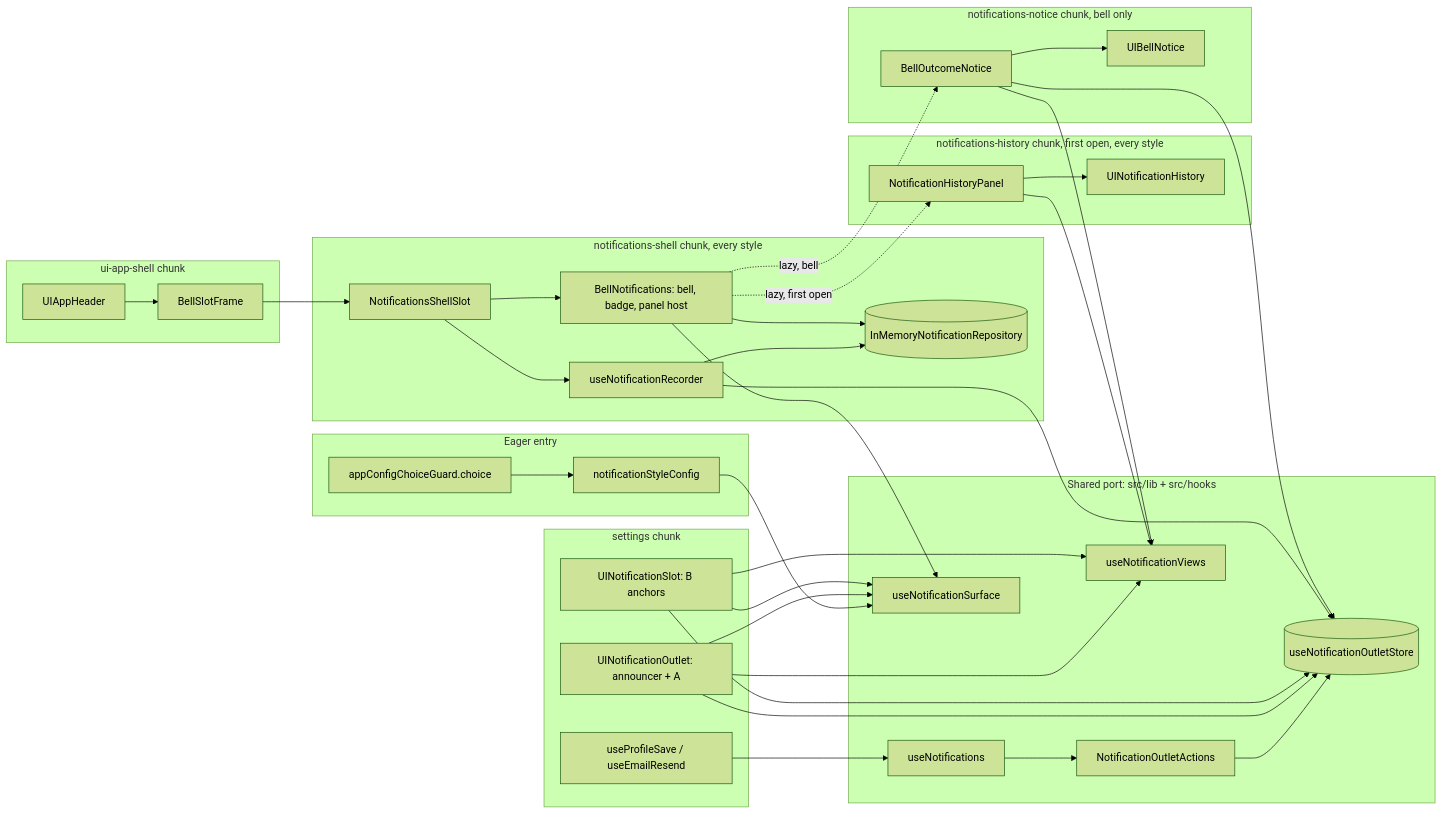
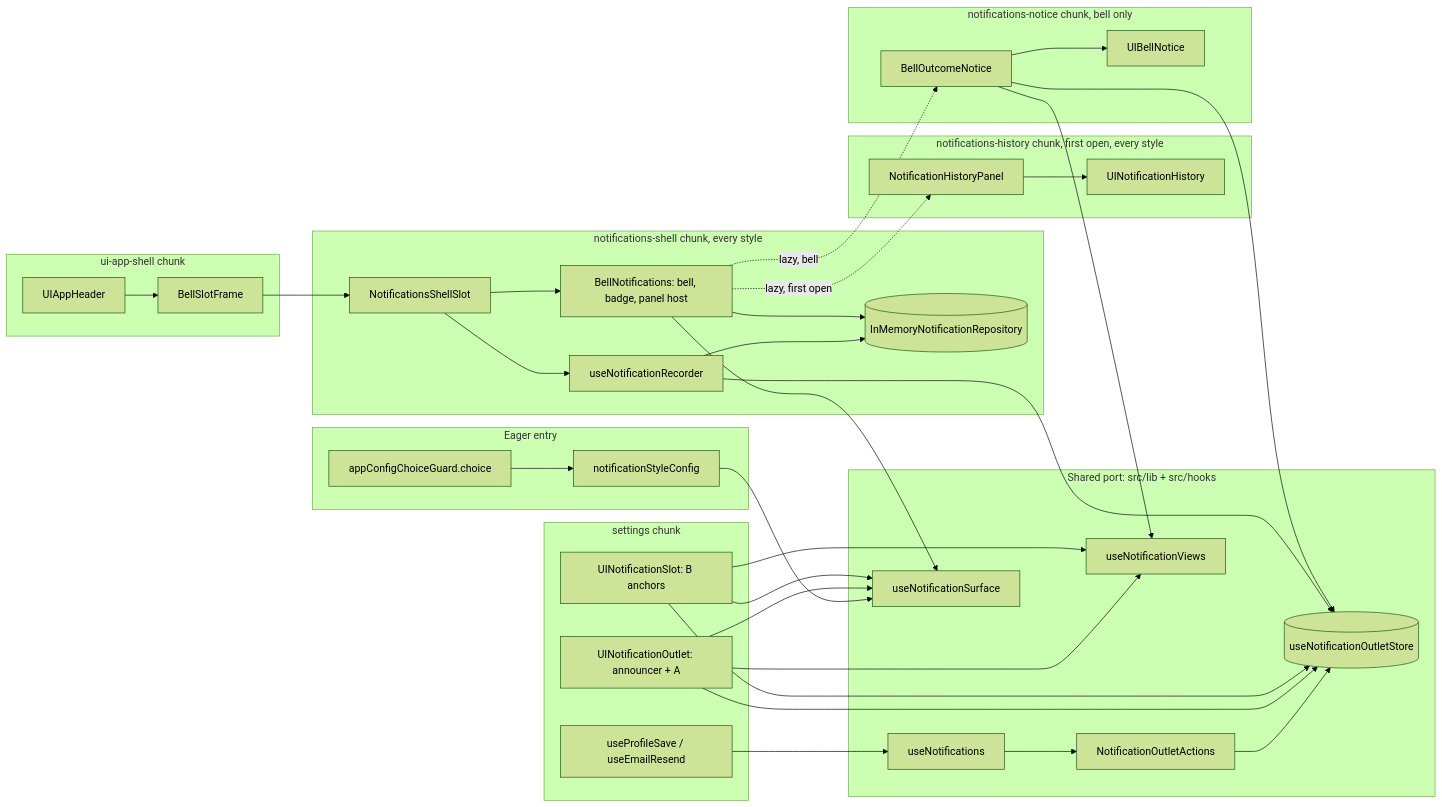
Before and after one commit to VilnaCRM-Org/crm: the first of 3 diagrams in specs/notification-visibility-variants/planning-artifacts/architecture-notification-visibility-variants-2026-11-11.md, drawn with Mermaid (forest theme). The commit also changed other lines of this file and 6 other files, not shown here.

````diff
--- a/specs/notification-visibility-variants/planning-artifacts/architecture-notification-visibility-variants-2026-11-11.md
+++ b/specs/notification-visibility-variants/planning-artifacts/architecture-notification-visibility-variants-2026-11-11.md
@@ -953,58 +979,57 @@
 ```mermaid
 flowchart LR
   subgraph eager[Eager entry]
     ACS[appConfigChoiceGuard.choice]
     NSC[notificationStyleConfig]
   end
   subgraph shared[Shared port: src/lib + src/hooks]
     Store[(useNotificationOutletStore)]
     Actions[NotificationOutletActions]
     UseN[useNotifications]
     UseS[useNotificationSurface]
     Views[useNotificationViews]
   end
   subgraph settingsChunk[settings chunk]
     Save[useProfileSave / useEmailResend]
     Outlet[UINotificationOutlet: announcer + A]
     Slot[UINotificationSlot: B anchors]
   end
   subgraph shell[ui-app-shell chunk]
     Header[UIAppHeader]
     Frame[BellSlotFrame]
   end
   subgraph nshell[notifications-shell chunk, every style]
     SlotC[NotificationsShellSlot]
     Rec[useNotificationRecorder]
     Repo[(InMemoryNotificationRepository)]
     Bell[BellNotifications: bell, badge, panel host]
   end
   subgraph nhist[notifications-history chunk, first open, every style]
     Panel[NotificationHistoryPanel]
     Hist[UINotificationHistory]
   end
   subgraph nnotice[notifications-notice chunk, bell only]
     BNotice[BellOutcomeNotice]
     Notice[UIBellNotice]
   end
   ACS --> NSC --> UseS
   Save --> UseN --> Actions --> Store
   Outlet --> Store
   Slot --> Store
   Outlet --> UseS
   Slot --> UseS
   Header --> Frame --> SlotC
   SlotC --> Rec --> Store
   Rec --> Repo
   SlotC --> Bell
   Bell --> Repo
   Bell --> UseS
   Bell -. lazy, first open .-> Panel
   Bell -. lazy, bell .-> BNotice
   Panel --> Hist
   BNotice --> Store
   BNotice --> Notice
   Outlet --> Views
   Slot --> Views
-  Panel --> Views
   BNotice --> Views
 ```
````
